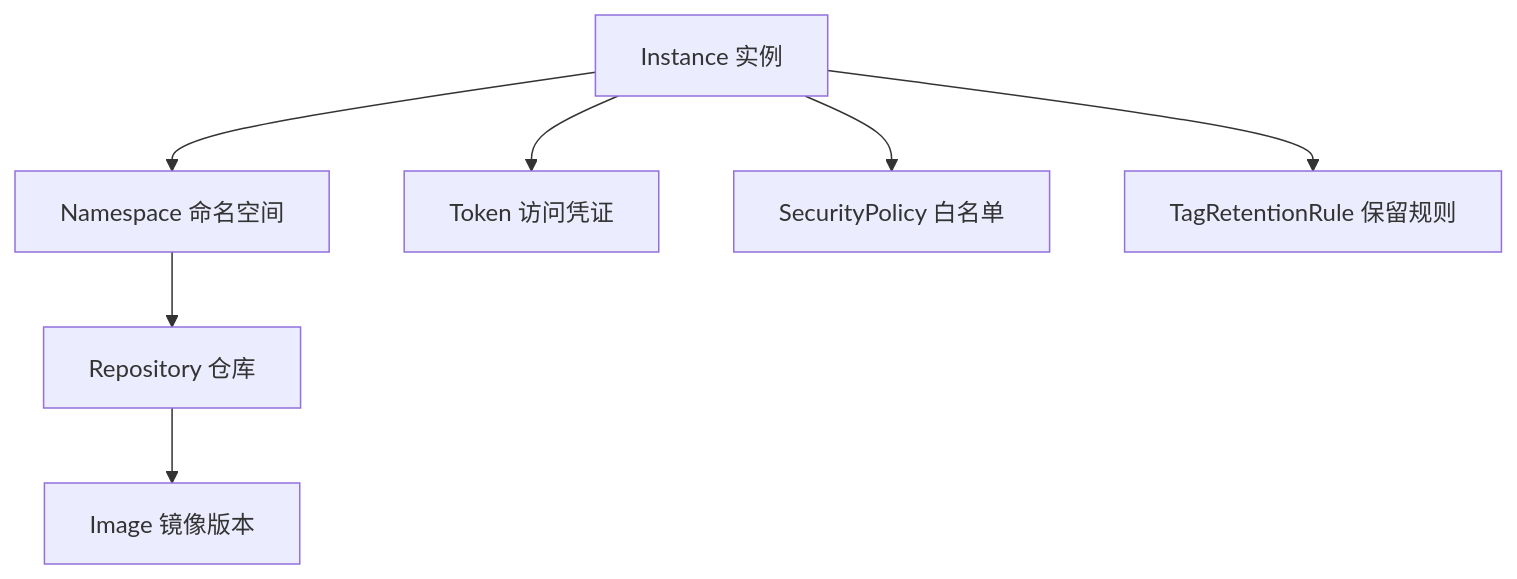
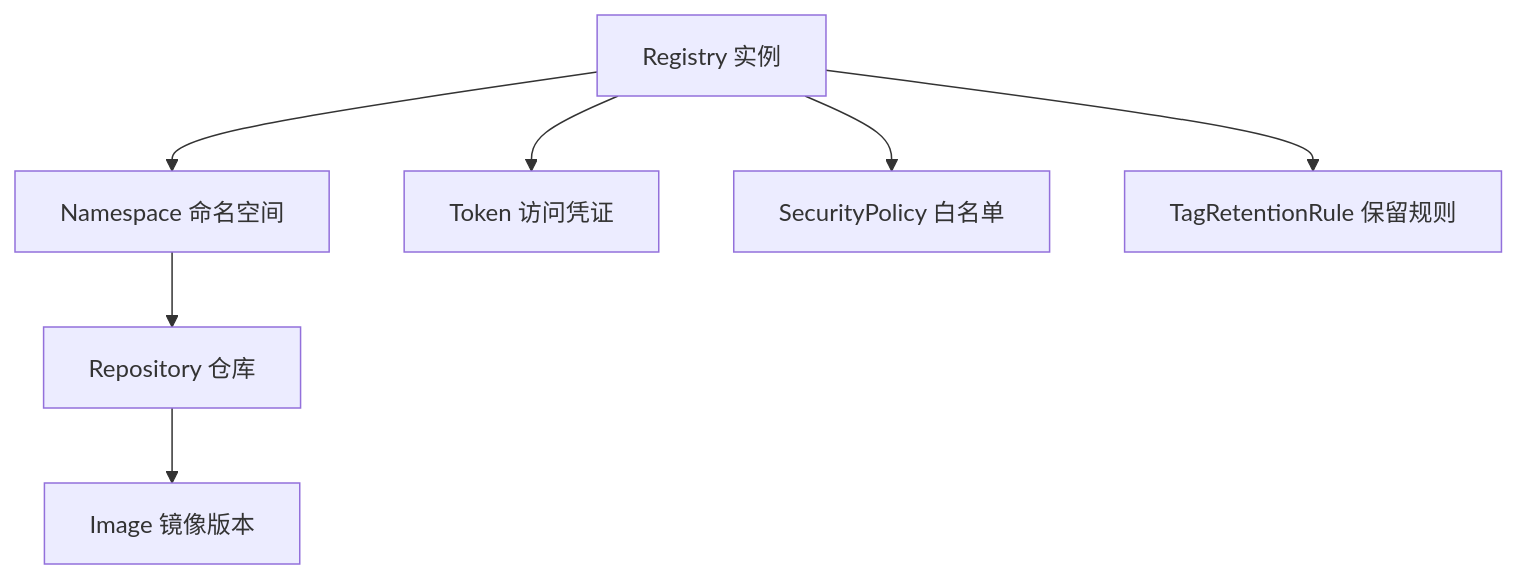
One commit to Kerwin0224/tke-cli-guide changed the diagram in tcr/index.md. Above: the diagram before and after it, drawn with Mermaid. The commit also changed other lines of this file and 74 other files, not shown here.

````diff
--- a/tcr/index.md
+++ b/tcr/index.md
@@ -14,9 +14,9 @@
 ```mermaid
 graph TD
-    Instance[Instance 实例] --> Namespace[Namespace 命名空间]
-    Instance --> Token[Token 访问凭证]
-    Instance --> Policy[SecurityPolicy 白名单]
-    Instance --> Rule[TagRetentionRule 保留规则]
+    Registry[Registry 实例] --> Namespace[Namespace 命名空间]
+    Registry --> Token[Token 访问凭证]
+    Registry --> Policy[SecurityPolicy 白名单]
+    Registry --> Rule[TagRetentionRule 保留规则]
     Namespace --> Repository[Repository 仓库]
     Repository --> Image[Image 镜像版本]
 ```
````
